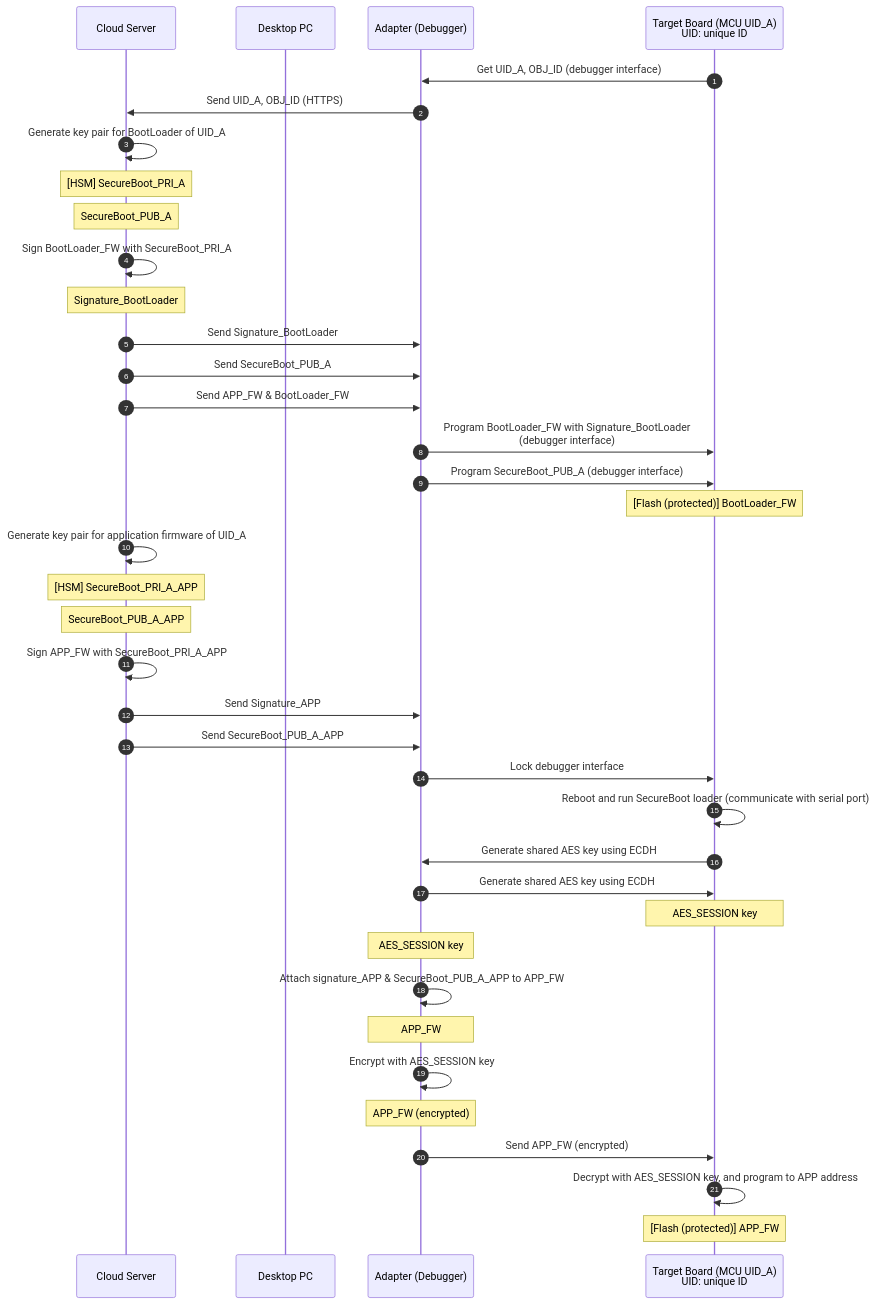
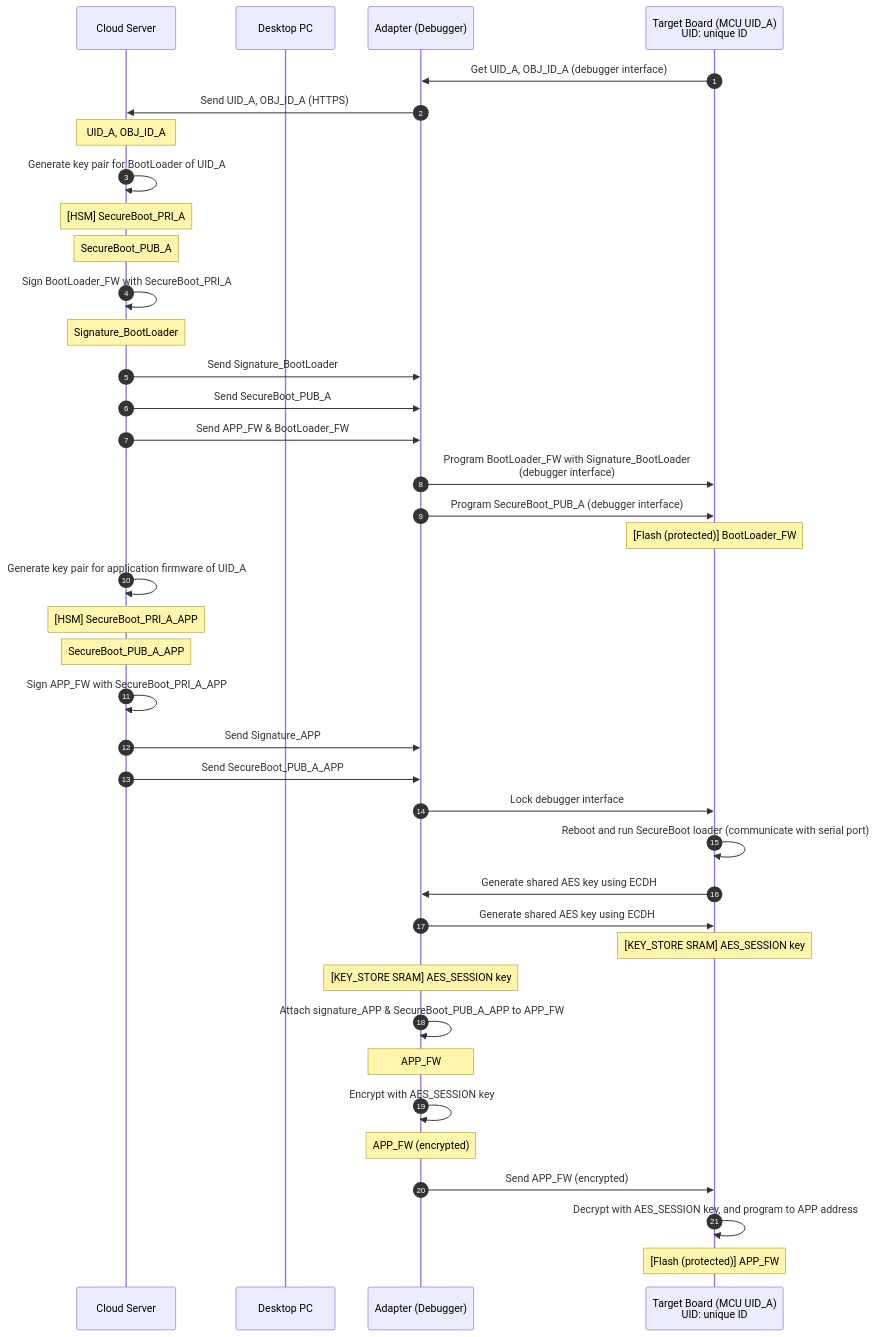
Before and after one commit to ccma1120/NuSEC_System: the diagram in 5. firmware_attestation.md, drawn with Mermaid.

Commit message:
Update 5. firmware_attestation.md

````diff
--- a/5. firmware_attestation.md
+++ b/5. firmware_attestation.md
@@ -1,45 +1,46 @@
 ```mermaid
 sequenceDiagram
     autonumber
     participant c as Cloud Server
     participant d as Desktop PC
     participant a as Adapter (Debugger)
     participant t as Target Board (MCU UID_A) <br/>UID: unique ID
-    t ->> a : Get UID_A, OBJ_ID (debugger interface)
-    a ->> c : Send UID_A, OBJ_ID (HTTPS)
+    t ->> a : Get UID_A, OBJ_ID_A (debugger interface)
+    a ->> c : Send UID_A, OBJ_ID_A (HTTPS)
+    Note over c : UID_A, OBJ_ID_A
     c ->> c : Generate key pair for BootLoader of UID_A
     Note over c : [HSM] SecureBoot_PRI_A 
     Note over c : SecureBoot_PUB_A
     c ->> c : Sign BootLoader_FW with SecureBoot_PRI_A
     Note over c : Signature_BootLoader
     c ->> a : Send Signature_BootLoader
     c ->> a : Send SecureBoot_PUB_A
     c ->> a : Send APP_FW & BootLoader_FW
     a ->> t : Program BootLoader_FW with Signature_BootLoader <br/>(debugger interface)
     a ->> t : Program SecureBoot_PUB_A (debugger interface)
     Note over t: [Flash (protected)] BootLoader_FW 
 
     c ->> c : Generate key pair for application firmware of UID_A
     Note over c : [HSM] SecureBoot_PRI_A_APP 
     Note over c : SecureBoot_PUB_A_APP
     c ->> c : Sign APP_FW with SecureBoot_PRI_A_APP
     c ->> a : Send Signature_APP
     c ->> a : Send SecureBoot_PUB_A_APP
     a ->> t : Lock debugger interface 
     t ->> t : Reboot and run SecureBoot loader (communicate with serial port)
     
     %% ECDH
     t ->> a: Generate shared AES key using ECDH
     a ->> t: Generate shared AES key using ECDH
-    Note over t: AES_SESSION key
-    Note over a: AES_SESSION key
+    Note over t: [KEY_STORE SRAM] AES_SESSION key
+    Note over a: [KEY_STORE SRAM] AES_SESSION key
 
     a ->> a: Attach signature_APP & SecureBoot_PUB_A_APP to APP_FW
     Note over a: APP_FW
     a ->> a: Encrypt with AES_SESSION key
     Note over a: APP_FW (encrypted)
     a ->> t: Send APP_FW (encrypted)
     t ->> t: Decrypt with AES_SESSION key, and program to APP address
     Note over t: [Flash (protected)] APP_FW
 
 ```
````
